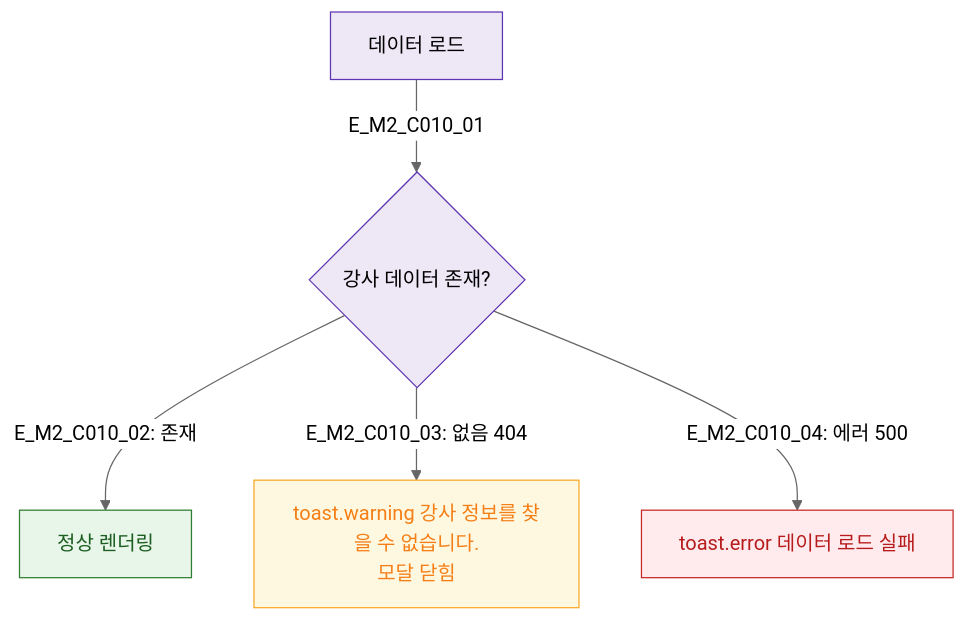
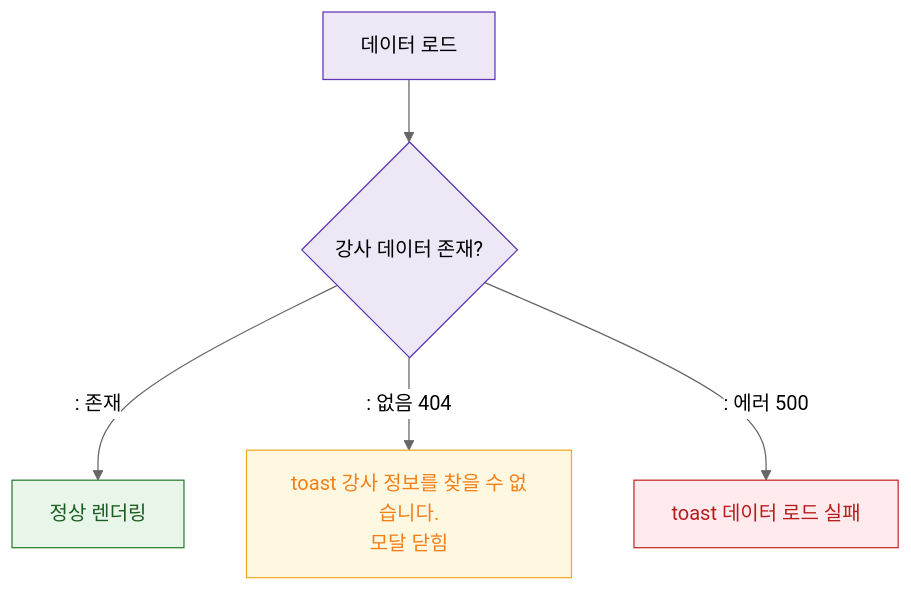
One commit to dev-spogym/admin-pando changed the diagram in docs/다이어그램/D04_수업관리/DLG/DLG-C010_강사상세/M2_필드검증.md. Above: the diagram before and after it, drawn with Mermaid (neutral theme). The commit also changed other lines of this file and 1660 other files, not shown here.

First line of the commit message:
다이어그램: 기획자/클라이언트 납품본으로 정리

````diff
--- a/docs/다이어그램/D04_수업관리/DLG/DLG-C010_강사상세/M2_필드검증.md
+++ b/docs/다이어그램/D04_수업관리/DLG/DLG-C010_강사상세/M2_필드검증.md
@@ -20,16 +18,16 @@
 ```mermaid
 flowchart TD
-  LoadData[데이터 로드] -->|E_M2_C010_01| CheckData{강사 데이터 존재?}
-  CheckData -->|"E_M2_C010_02: 존재"| RenderOK[정상 렌더링]
-  CheckData -->|"E_M2_C010_03: 없음 404"| NotFound[toast.warning 강사 정보를 찾을 수 없습니다.\n모달 닫힘]
-  CheckData -->|"E_M2_C010_04: 에러 500"| ErrState[toast.error 데이터 로드 실패]
+  LoadData[데이터 로드] --> CheckData{강사 데이터 존재?}
+  CheckData -->|": 존재"|RenderOK[정상 렌더링]
+  CheckData -->|": 없음 404"|NotFound[toast 강사 정보를 찾을 수 없습니다.\n모달 닫힘]
+  CheckData -->|": 에러 500"|ErrState[toast 데이터 로드 실패]
 
   classDef system fill:#EDE7F6,stroke:#5E35B2
   classDef success fill:#E8F5E9,stroke:#2E7D32,color:#1B5E20
   classDef error fill:#FFEBEE,stroke:#C62828,color:#B71C1C
   classDef warning fill:#FFF8E1,stroke:#F9A825,color:#F57F17
   class LoadData,CheckData system
   class RenderOK success
   class ErrState error
   class NotFound warning
 ```
````
